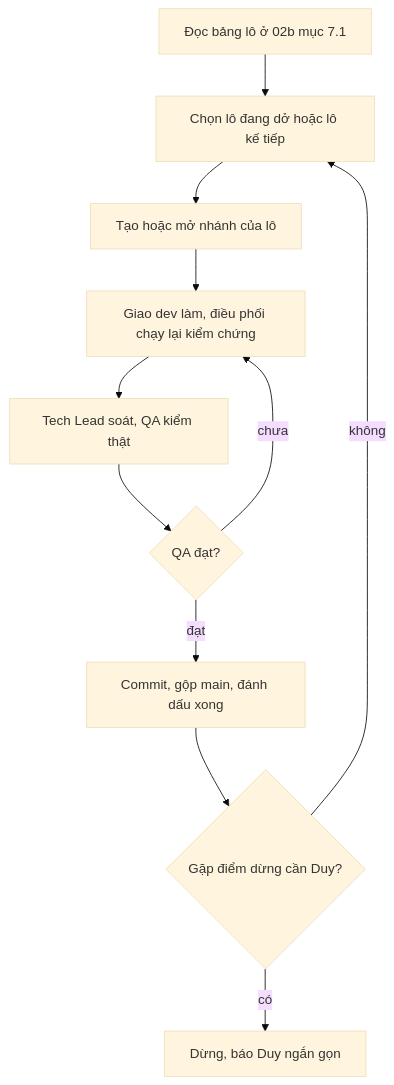
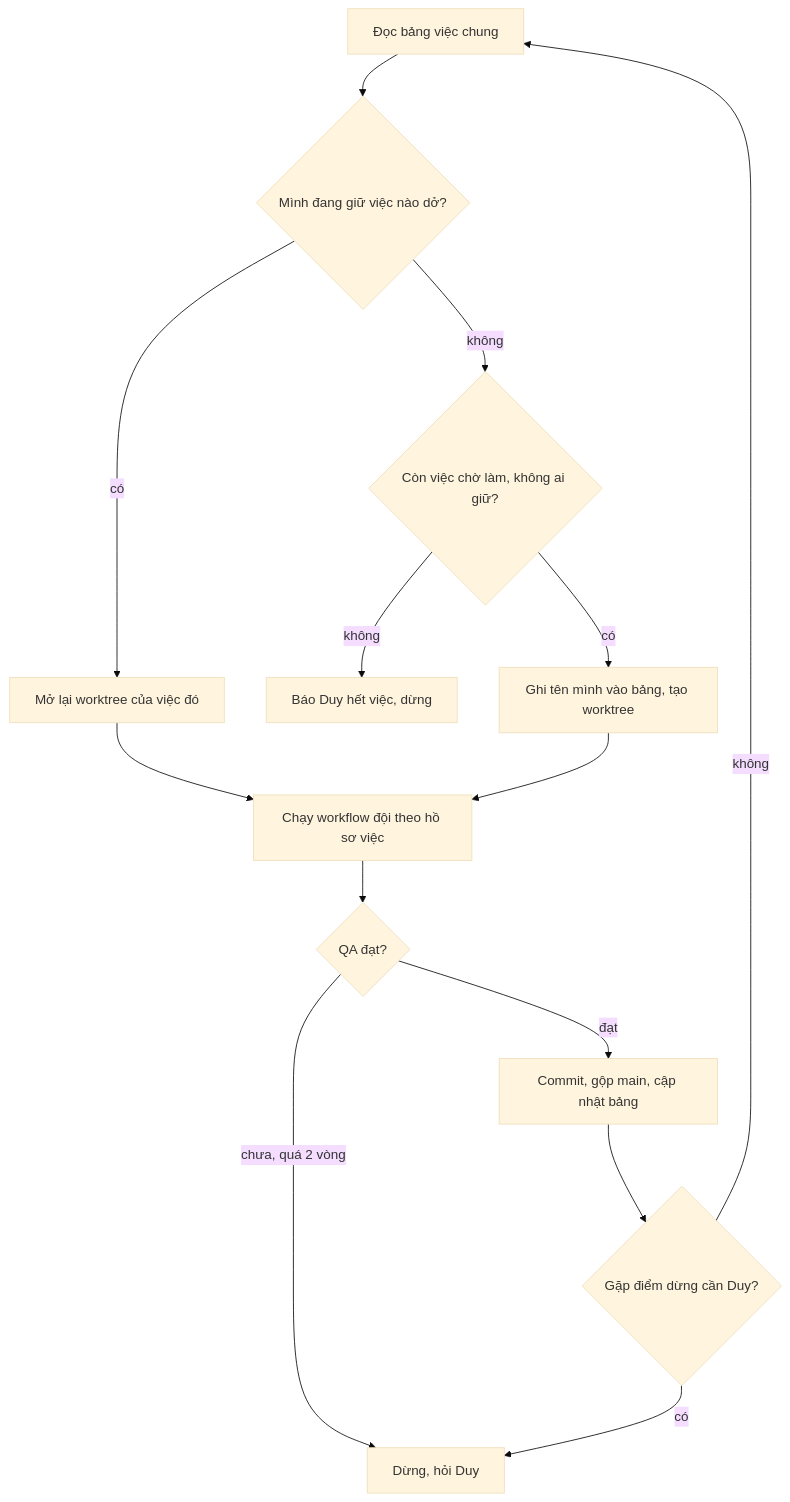
Before and after one commit to DuyduyFedev46/fish: the diagram in .claude/commands/lam-tiep.md, drawn with Mermaid (base theme). The commit also changed other lines of this file and 44 other files, not shown here.

First line of the commit message:
Dùng chung workspace Claude và Gemini: một nguồn agent, skill, lệnh, luật (Duy chốt 15/11)

````diff
--- a/.claude/commands/lam-tiep.md
+++ b/.claude/commands/lam-tiep.md
@@ -7,13 +7,16 @@
 ```mermaid
 flowchart TD
-  A["Đọc bảng lô ở 02b mục 7.1"] --> B["Chọn lô đang dở hoặc lô kế tiếp"]
-  B --> C["Tạo hoặc mở nhánh của lô"]
-  C --> D["Giao dev làm, điều phối chạy lại kiểm chứng"]
-  D --> E["Tech Lead soát, QA kiểm thật"]
-  E --> F{"QA đạt?"}
-  F -- "chưa" --> D
-  F -- "đạt" --> G["Commit, gộp main, đánh dấu xong"]
-  G --> H{"Gặp điểm dừng cần Duy?"}
-  H -- "có" --> I["Dừng, báo Duy ngắn gọn"]
-  H -- "không" --> B
+  A["Đọc bảng việc chung"] --> B{"Mình đang giữ việc nào dở?"}
+  B -- "có" --> C["Mở lại worktree của việc đó"]
+  B -- "không" --> D{"Còn việc chờ làm, không ai giữ?"}
+  D -- "không" --> Z["Báo Duy hết việc, dừng"]
+  D -- "có" --> E["Ghi tên mình vào bảng, tạo worktree"]
+  C --> F["Chạy workflow đội theo hồ sơ việc"]
+  E --> F
+  F --> G{"QA đạt?"}
+  G -- "chưa, quá 2 vòng" --> Y["Dừng, hỏi Duy"]
+  G -- "đạt" --> H["Commit, gộp main, cập nhật bảng"]
+  H --> I{"Gặp điểm dừng cần Duy?"}
+  I -- "có" --> Y
+  I -- "không" --> A
 ```
````
